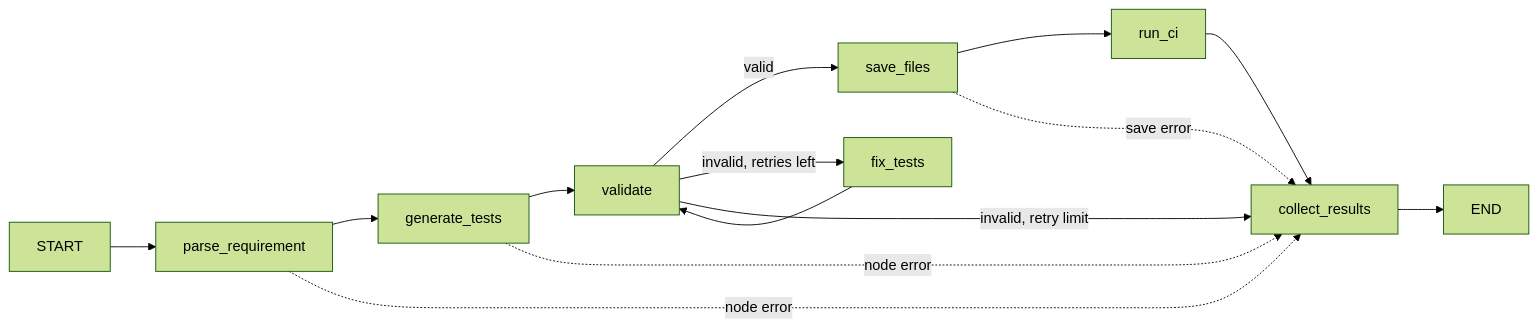
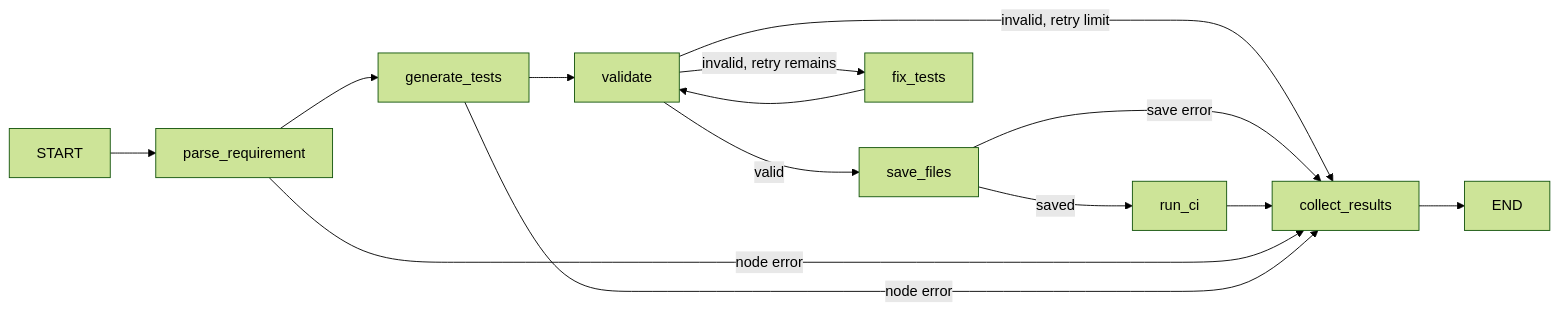
One commit to BFH-HAMID/AI-Powered-Test-Case-Generator changed the second of 2 diagrams in README.md. Above: the diagram before and after it, drawn with Mermaid (forest theme). The commit also changed other lines of this file and 2 other files, not shown here.

````diff
--- a/README.md
+++ b/README.md
@@ -33,10 +77,16 @@
 ```mermaid
 flowchart LR
-    START --> parse_requirement --> generate_tests --> validate
-    validate -->|valid| save_files --> run_ci --> collect_results --> END
-    validate -->|invalid, retries left| fix_tests --> validate
-    validate -->|invalid, retry limit| collect_results
-    parse_requirement -. node error .-> collect_results
-    generate_tests -. node error .-> collect_results
-    save_files -. save error .-> collect_results
+    START --> P[parse_requirement]
+    P --> G[generate_tests]
+    G --> V[validate]
+    V -->|valid| S[save_files]
+    V -->|invalid, retry remains| F[fix_tests]
+    F --> V
+    V -->|invalid, retry limit| C[collect_results]
+    S -->|saved| CI[run_ci]
+    S -->|save error| C
+    CI --> C
+    P -->|node error| C
+    G -->|node error| C
+    C --> END
 ```
````
